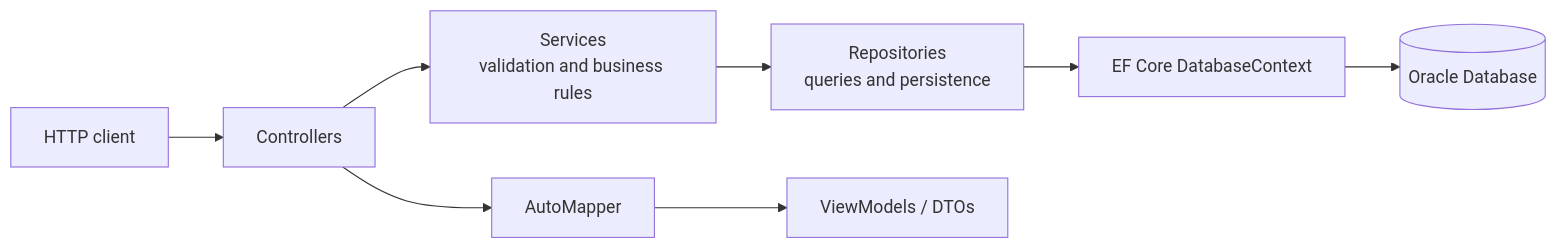
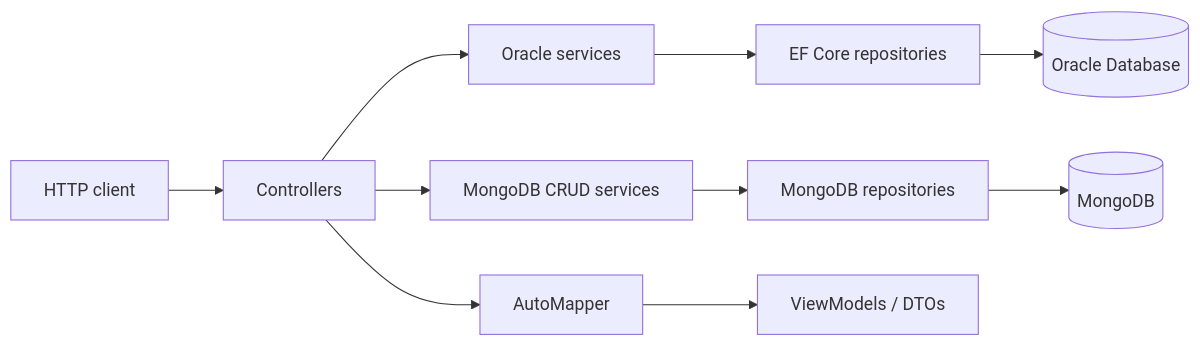
The first of 2 diagrams in README.md (guidonunes/Web.Fiap.Carbono), drawn with Mermaid before and after one commit. The commit also changed other lines of this file and 40 other files, not shown here.

Commit message:
add repositories and controller

````diff
--- a/README.md
+++ b/README.md
@@ -51,10 +52,12 @@
 ```mermaid
 flowchart LR
     Client[HTTP client] --> Controller[Controllers]
-    Controller --> Service[Services<br/>validation and business rules]
-    Service --> Repository[Repositories<br/>queries and persistence]
-    Repository --> EF[EF Core DatabaseContext]
-    EF --> Oracle[(Oracle Database)]
+    Controller --> OracleService[Oracle services]
+    OracleService --> OracleRepository[EF Core repositories]
+    OracleRepository --> Oracle[(Oracle Database)]
+    Controller --> MongoService[MongoDB CRUD services]
+    MongoService --> MongoRepository[MongoDB repositories]
+    MongoRepository --> Mongo[(MongoDB)]
     Controller --> Mapper[AutoMapper]
     Mapper --> DTO[ViewModels / DTOs]
 ```
````
